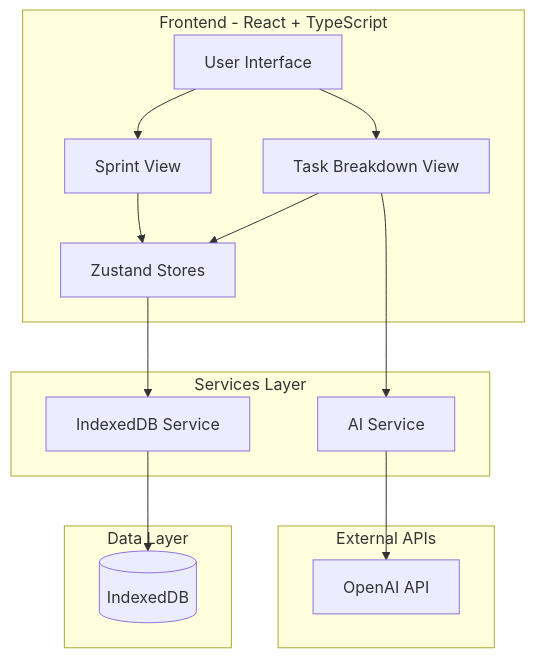
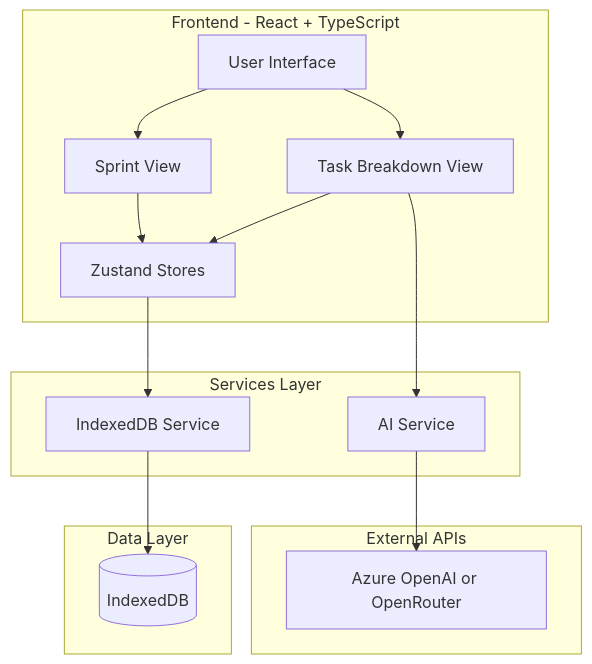
One commit to megatAhmad/portfolio_management_workEstimationAndBreakdown changed the first of 5 diagrams in plans/architecture-diagram.md. Above: the diagram before and after it, drawn with Mermaid. The commit also changed 2 other files, not shown here.

Commit message:
docs: update AI service references to Azure OpenAI or OpenRouter
- Update technical-specification.md to specify Azure OpenAI or OpenRouter
- Update architecture-diagram.md mermaid diagram with new provider naming
- Update todo-implementation.md with AI provider configuration task

````diff
--- a/plans/architecture-diagram.md
+++ b/plans/architecture-diagram.md
@@ -5,31 +5,31 @@
 ```mermaid
 flowchart TB
     subgraph Frontend["Frontend - React + TypeScript"]
         UI[User Interface]
         TBV[Task Breakdown View]
         SV[Sprint View]
         State[Zustand Stores]
     end
     
     subgraph Services["Services Layer"]
         AI[AI Service]
         DB[IndexedDB Service]
     end
     
     subgraph External["External APIs"]
-        OpenAI[OpenAI API]
+        AIProvider[Azure OpenAI or OpenRouter]
     end
     
     subgraph Data["Data Layer"]
         IDB[(IndexedDB)]
     end
     
     UI --> TBV
     UI --> SV
     TBV --> State
     SV --> State
     State --> DB
     TBV --> AI
-    AI --> OpenAI
+    AI --> AIProvider
     DB --> IDB
 ```
````
